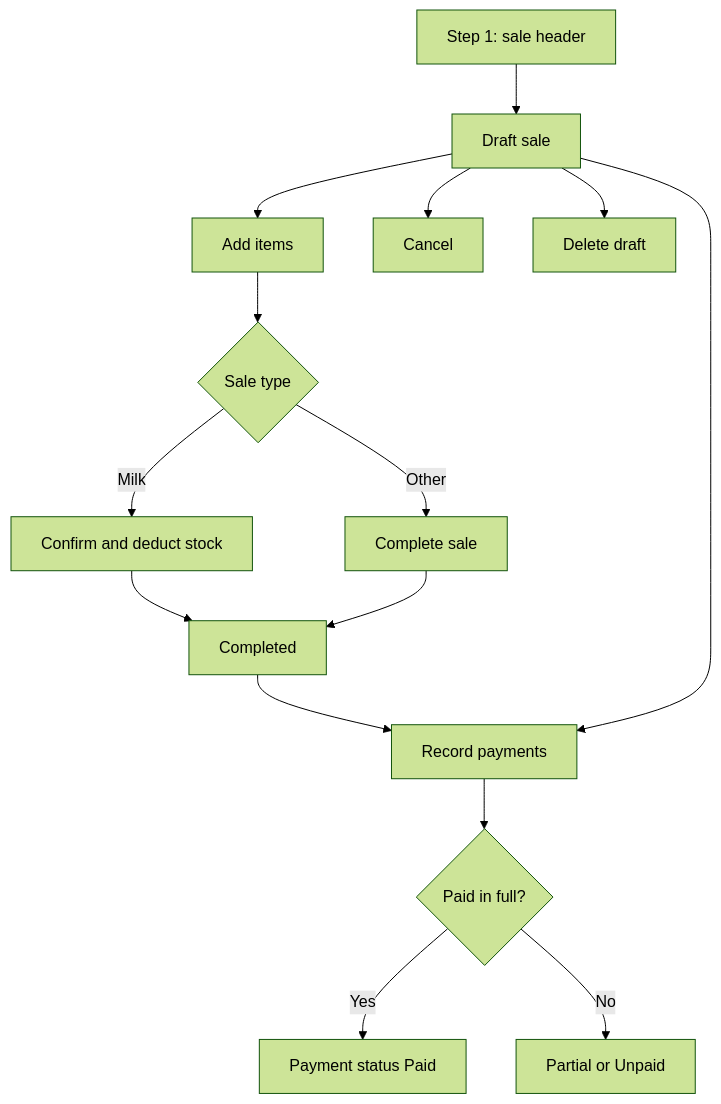
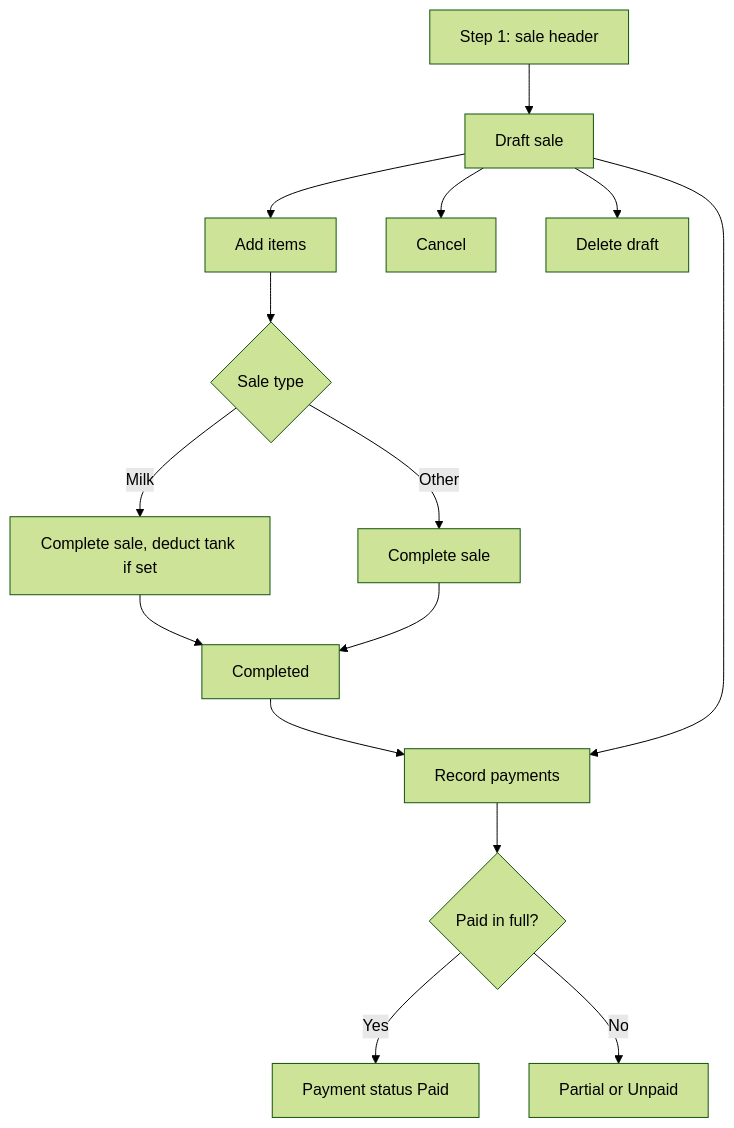
Before and after one commit to bakunzifiston/Orora: the diagram in documentation/OroraFarm_Documentation_Source/end-user/11-sales-and-customers.md, drawn with Mermaid (forest theme). The commit also changed other lines of this file and 7 other files, not shown here.

````diff
--- a/documentation/OroraFarm_Documentation_Source/end-user/11-sales-and-customers.md
+++ b/documentation/OroraFarm_Documentation_Source/end-user/11-sales-and-customers.md
@@ -167,17 +167,17 @@
 ```mermaid
 flowchart TD
     A[Step 1: sale header] --> B[Draft sale]
     B --> C[Add items]
     C --> D{Sale type}
-    D -- Milk --> E[Confirm and deduct stock]
+    D -- Milk --> E[Complete sale, deduct tank if set]
     D -- Other --> F[Complete sale]
     E --> G[Completed]
     F --> G
     B --> H[Cancel]
     B --> I[Delete draft]
     G --> J[Record payments]
     B --> J
     J --> K{Paid in full?}
     K -- Yes --> L[Payment status Paid]
     K -- No --> M[Partial or Unpaid]
 ```
````
